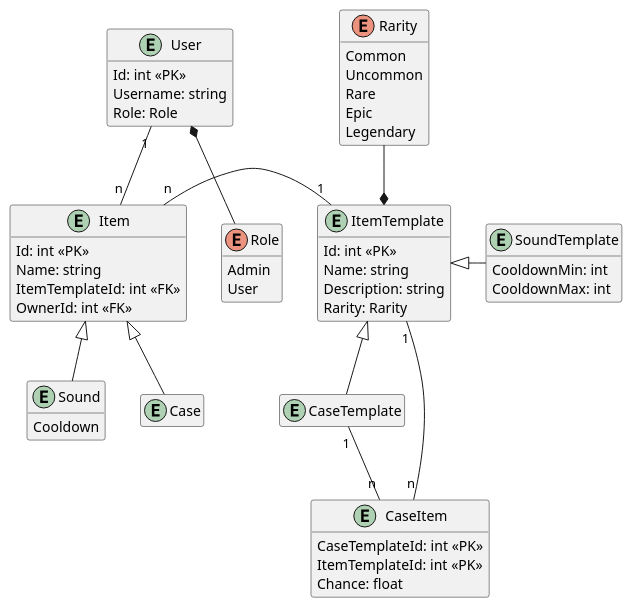
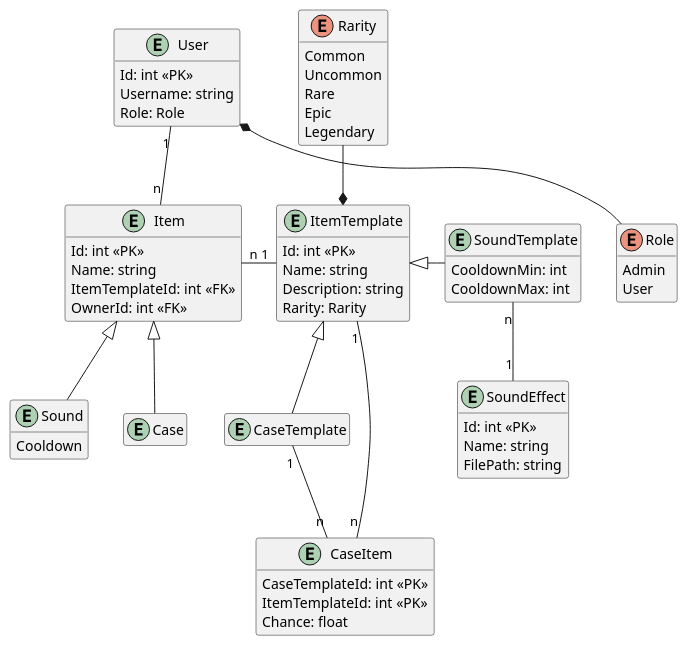
Before and after one commit to paul-schein/SoundCaseOpener: the diagram in docs/erd.adoc, drawn with PlantUML.

Commit message:
added soundeffect table

```diff
--- a/docs/erd.adoc
+++ b/docs/erd.adoc
@@ -58,6 +58,12 @@
 
 }
 
+entity SoundEffect {
+    Id: int <<PK>>
+    Name: string
+    FilePath: string
+}
+
 Item <|-- Sound
 Item <|-- Case
 
@@ -70,6 +76,8 @@
 CaseTemplate "1" -- "n" CaseItem
 CaseItem "n" -- "1" ItemTemplate
 
+SoundTemplate "n" -- "1" SoundEffect
+
 User "1" -- "n" Item
 User *-- Role
 
```
